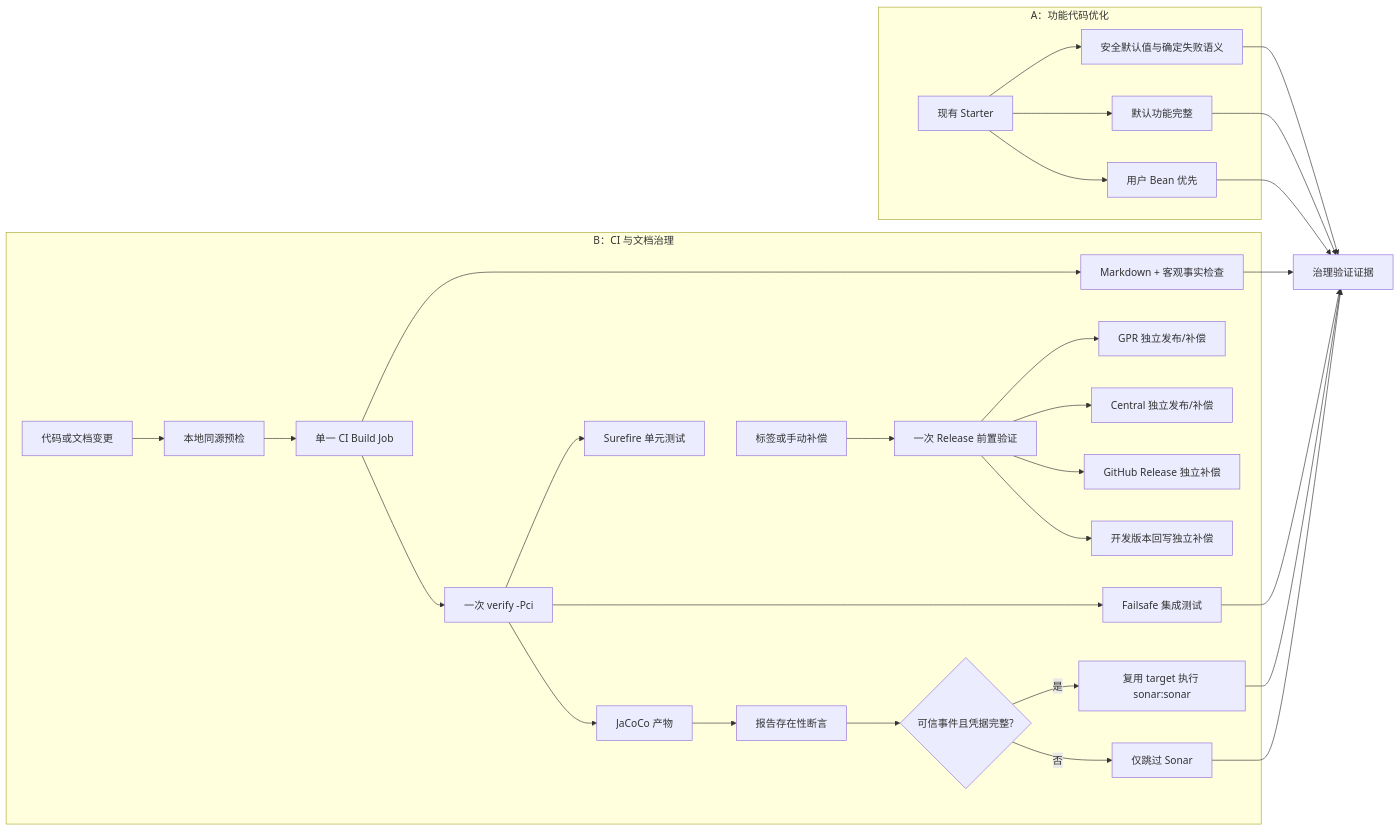
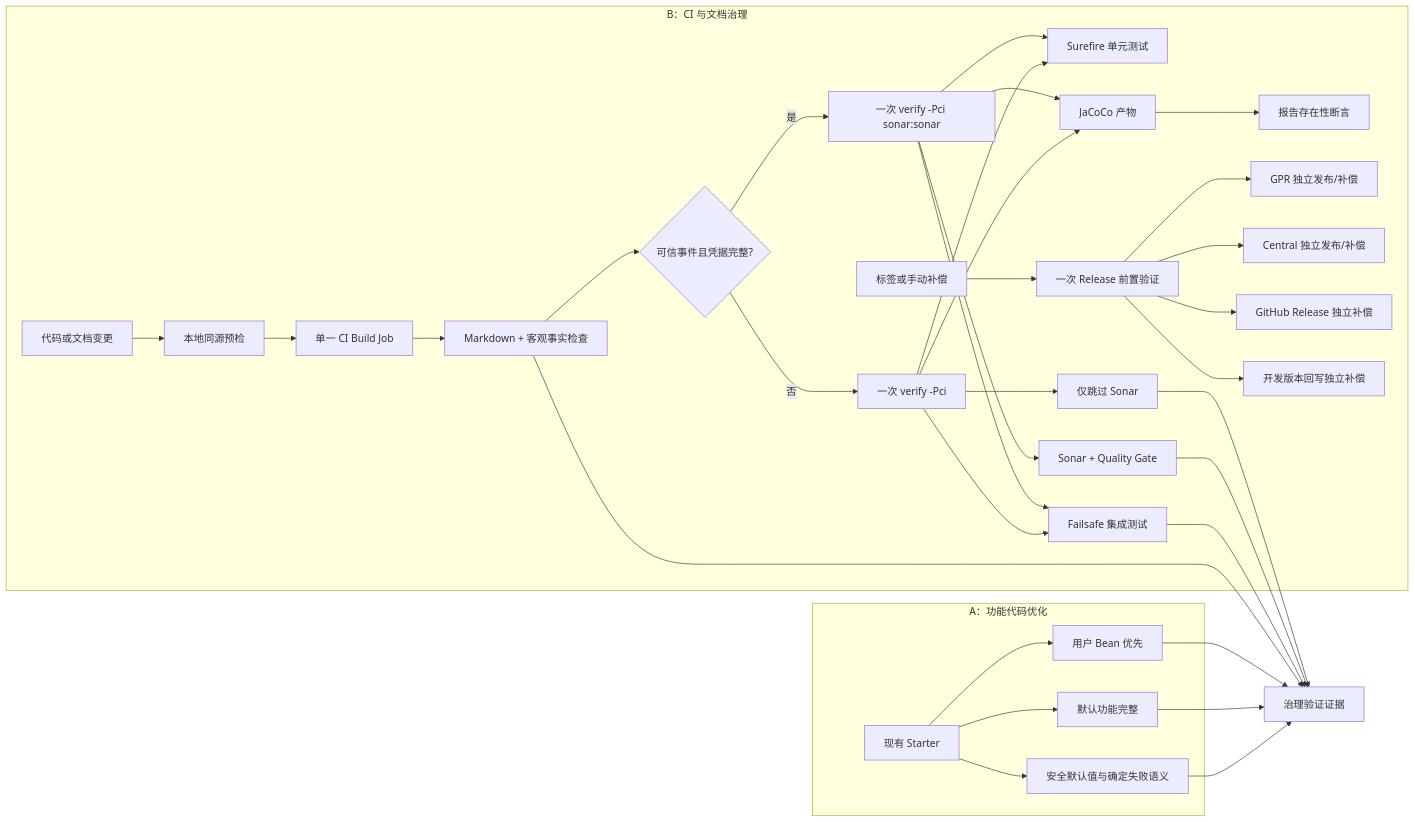
One commit to Yggdrasil-Labs/mimir-boot changed the diagram in docs/active/v2.1.2/project-governance/design.md. Above: the diagram before and after it, drawn with Mermaid. The commit also changed other lines of this file and 8 other files, not shown here.

````diff
--- a/docs/active/v2.1.2/project-governance/design.md
+++ b/docs/active/v2.1.2/project-governance/design.md
@@ -45,36 +45,40 @@
 ```mermaid
 flowchart LR
     subgraph B["B：CI 与文档治理"]
     Change["代码或文档变更"] --> Local["本地同源预检"]
     Local --> CI["单一 CI Build Job"]
     CI --> Docs["Markdown + 客观事实检查"]
-    CI --> Maven["一次 verify -Pci"]
+    Docs --> Sonar{"可信事件且凭据完整?"}
+    Sonar -->|否| Maven["一次 verify -Pci"]
+    Sonar -->|是| MavenSonar["一次 verify -Pci sonar:sonar"]
     Maven --> Unit["Surefire 单元测试"]
+    MavenSonar --> Unit
     Maven --> IT["Failsafe 集成测试"]
+    MavenSonar --> IT
     Maven --> Coverage["JaCoCo 产物"]
+    MavenSonar --> Coverage
     Coverage --> Reports["报告存在性断言"]
-    Reports --> Sonar{"可信事件且凭据完整?"}
-    Sonar -->|是| Analyze["复用 target 执行 sonar:sonar"]
-    Sonar -->|否| Skip["仅跳过 Sonar"]
+    MavenSonar --> Analyze["Sonar + Quality Gate"]
+    Maven --> Skip["仅跳过 Sonar"]
 
     Tag["标签或手动补偿"] --> Verify["一次 Release 前置验证"]
     Verify --> GPR["GPR 独立发布/补偿"]
     Verify --> Central["Central 独立发布/补偿"]
     Verify --> GitHubRelease["GitHub Release 独立补偿"]
     Verify --> UpdateDev["开发版本回写独立补偿"]
     end
 
     subgraph A["A：功能代码优化"]
     Runtime["现有 Starter"] --> Safe["安全默认值与确定失败语义"]
     Runtime --> Complete["默认功能完整"]
     Runtime --> Override["用户 Bean 优先"]
     end
 
     Docs --> Evidence["治理验证证据"]
     IT --> Evidence
     Analyze --> Evidence
     Skip --> Evidence
     Safe --> Evidence
     Complete --> Evidence
     Override --> Evidence
 ```
````
